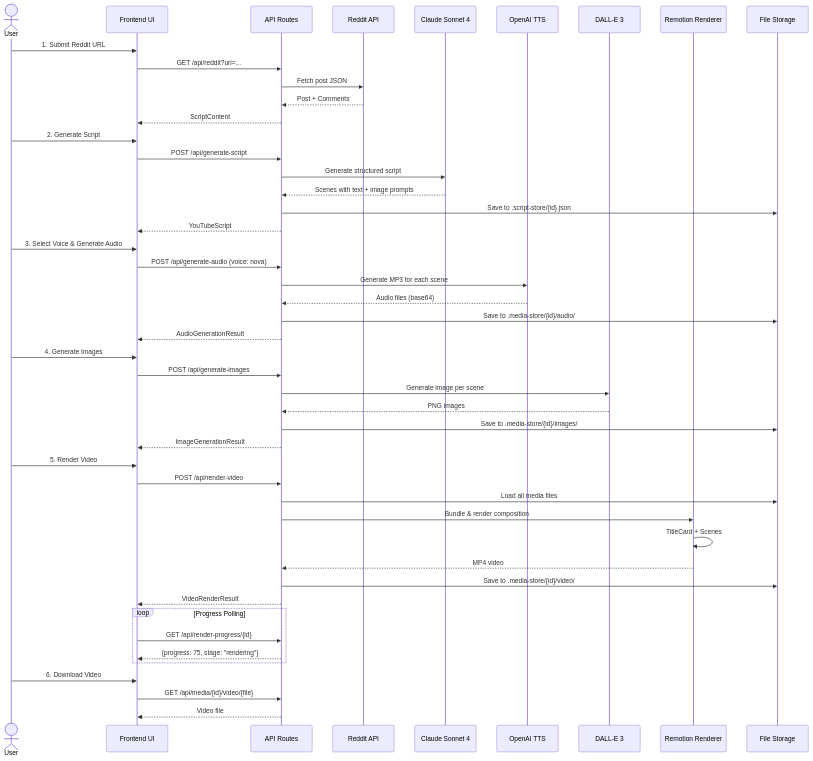
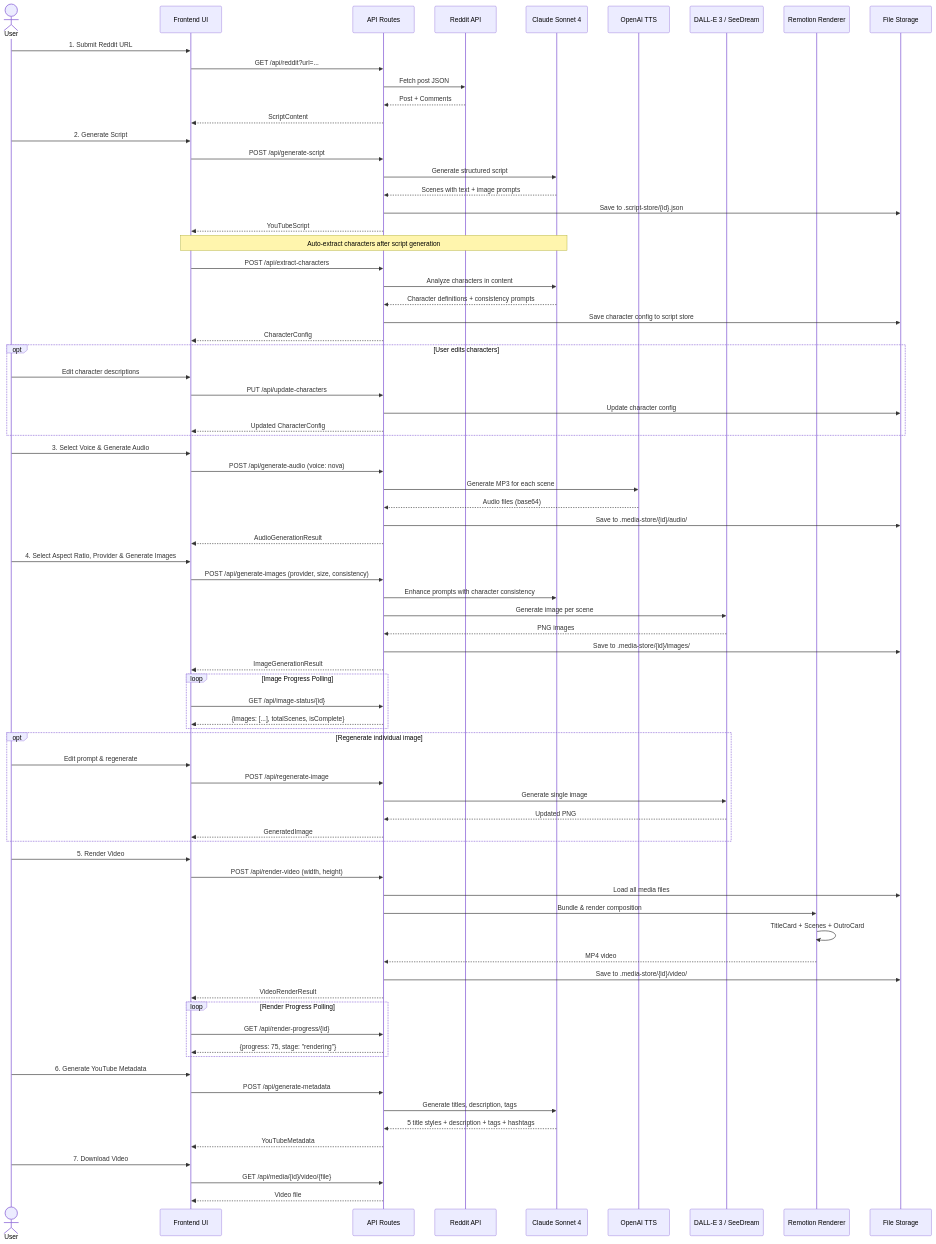
The third of 5 diagrams in ARCHITECTURE.md (Didier187/red2video), drawn with Mermaid before and after one commit. The commit also changed other lines of this file and 16 other files, not shown here.

First line of the commit message:
feat: Enhance video rendering and API interactions

````diff
--- a/ARCHITECTURE.md
+++ b/ARCHITECTURE.md
@@ -146,7 +208,7 @@
     participant Reddit as Reddit API
     participant Claude as Claude Sonnet 4
     participant TTS as OpenAI TTS
-    participant DALLE as DALL-E 3
+    participant ImgGen as DALL-E 3 / SeeDream
     participant Remotion as Remotion Renderer
     participant Store as File Storage
 
@@ -163,6 +225,21 @@
     API->>Store: Save to .script-store/{id}.json
     API-->>UI: YouTubeScript
 
+    Note over UI,Claude: Auto-extract characters after script generation
+
+    UI->>API: POST /api/extract-characters
+    API->>Claude: Analyze characters in content
+    Claude-->>API: Character definitions + consistency prompts
+    API->>Store: Save character config to script store
+    API-->>UI: CharacterConfig
+
+    opt User edits characters
+        User->>UI: Edit character descriptions
+        UI->>API: PUT /api/update-characters
+        API->>Store: Update character config
+        API-->>UI: Updated CharacterConfig
+    end
+
     User->>UI: 3. Select Voice & Generate Audio
     UI->>API: POST /api/generate-audio (voice: nova)
     API->>TTS: Generate MP3 for each scene
@@ -170,28 +247,48 @@
     API->>Store: Save to .media-store/{id}/audio/
     API-->>UI: AudioGenerationResult
 
-    User->>UI: 4. Generate Images
-    UI->>API: POST /api/generate-images
-    API->>DALLE: Generate image per scene
-    DALLE-->>API: PNG images
+    User->>UI: 4. Select Aspect Ratio, Provider & Generate Images
+    UI->>API: POST /api/generate-images (provider, size, consistency)
+    API->>Claude: Enhance prompts with character consistency
+    API->>ImgGen: Generate image per scene
+    ImgGen-->>API: PNG images
     API->>Store: Save to .media-store/{id}/images/
     API-->>UI: ImageGenerationResult
 
+    loop Image Progress Polling
+        UI->>API: GET /api/image-status/{id}
+        API-->>UI: {images: [...], totalScenes, isComplete}
+    end
+
+    opt Regenerate individual image
+        User->>UI: Edit prompt & regenerate
+        UI->>API: POST /api/regenerate-image
+        API->>ImgGen: Generate single image
+        ImgGen-->>API: Updated PNG
+        API-->>UI: GeneratedImage
+    end
+
     User->>UI: 5. Render Video
-    UI->>API: POST /api/render-video
+    UI->>API: POST /api/render-video (width, height)
     API->>Store: Load all media files
     API->>Remotion: Bundle & render composition
-    Remotion->>Remotion: TitleCard + Scenes
+    Remotion->>Remotion: TitleCard + Scenes + OutroCard
     Remotion-->>API: MP4 video
     API->>Store: Save to .media-store/{id}/video/
     API-->>UI: VideoRenderResult
 
-    loop Progress Polling
+    loop Render Progress Polling
         UI->>API: GET /api/render-progress/{id}
         API-->>UI: {progress: 75, stage: "rendering"}
     end
 
-    User->>UI: 6. Download Video
+    User->>UI: 6. Generate YouTube Metadata
+    UI->>API: POST /api/generate-metadata
+    API->>Claude: Generate titles, description, tags
+    Claude-->>API: 5 title styles + description + tags + hashtags
+    API-->>UI: YouTubeMetadata
+
+    User->>UI: 7. Download Video
     UI->>API: GET /api/media/{id}/video/{file}
     API-->>UI: Video file
 ```
````
